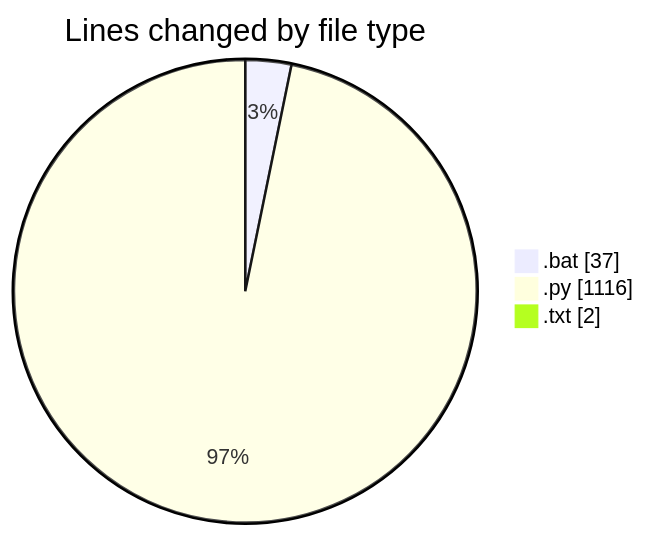
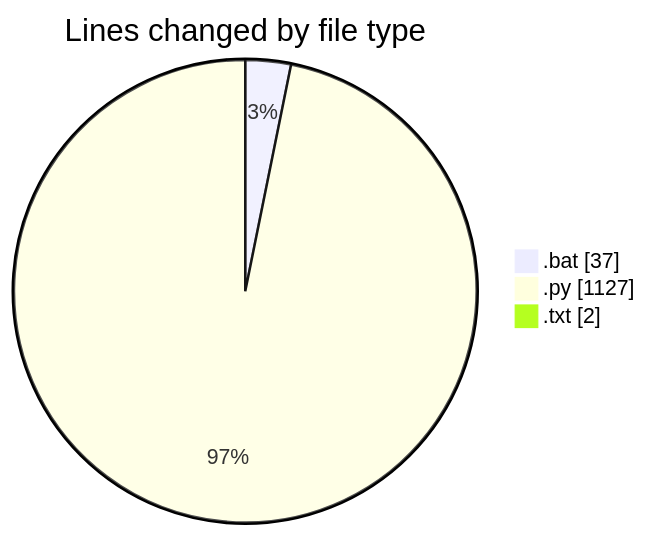
Before and after one commit to FelipKnott/code-tracking: the first of 2 diagrams in 2025-07-04/cursor/README.md, drawn with Mermaid. The commit also changed other lines of this file and 1 other file, not shown here.

````diff
--- a/2025-07-04/cursor/README.md
+++ b/2025-07-04/cursor/README.md
@@ -35,7 +35,7 @@
 ```mermaid
 pie showData
 title Lines changed by file type
 ".bat" : 37
-".py" : 1116
+".py" : 1127
 ".txt" : 2
 ```
````
